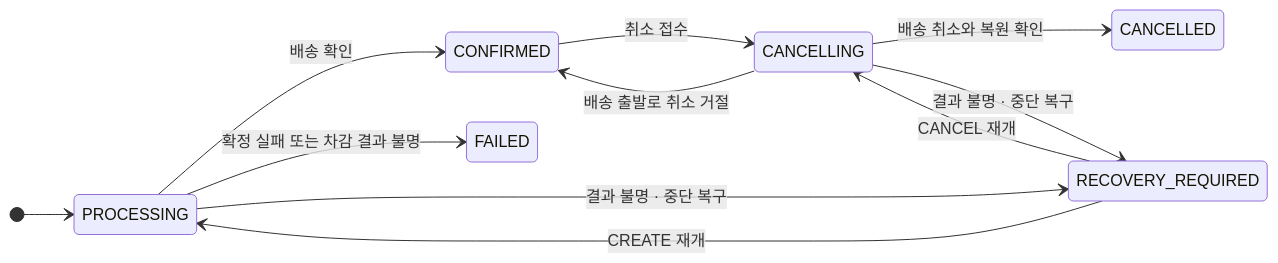
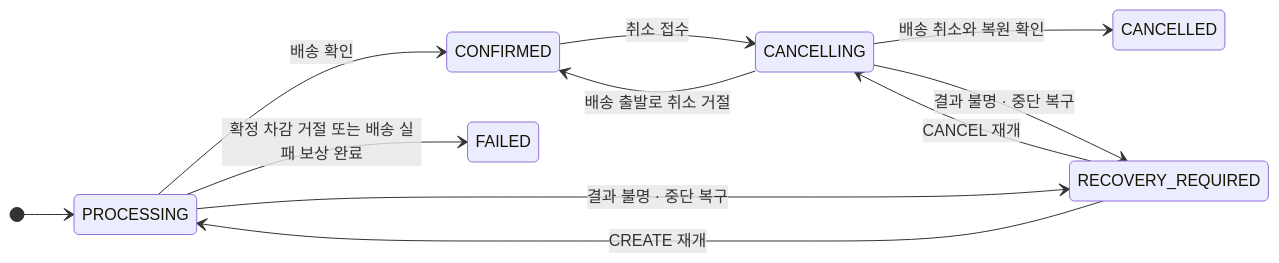
The third of 4 diagrams in orders/README.md (404notfound-team/logistics-msa), drawn with Mermaid before and after one commit. The commit also changed other lines of this file and 45 other files, not shown here.

````diff
--- a/orders/README.md
+++ b/orders/README.md
@@ -87,14 +91,14 @@
 ```mermaid
 stateDiagram-v2
     direction LR
     [*] --> PROCESSING
     PROCESSING --> CONFIRMED: 배송 확인
-    PROCESSING --> FAILED: 확정 실패 또는 차감 결과 불명
+    PROCESSING --> FAILED: 확정 차감 거절 또는 배송 실패 보상 완료
     PROCESSING --> RECOVERY_REQUIRED: 결과 불명 · 중단 복구
     CONFIRMED --> CANCELLING: 취소 접수
     CANCELLING --> CANCELLED: 배송 취소와 복원 확인
     CANCELLING --> CONFIRMED: 배송 출발로 취소 거절
     CANCELLING --> RECOVERY_REQUIRED: 결과 불명 · 중단 복구
     RECOVERY_REQUIRED --> PROCESSING: CREATE 재개
     RECOVERY_REQUIRED --> CANCELLING: CANCEL 재개
 ```
````
